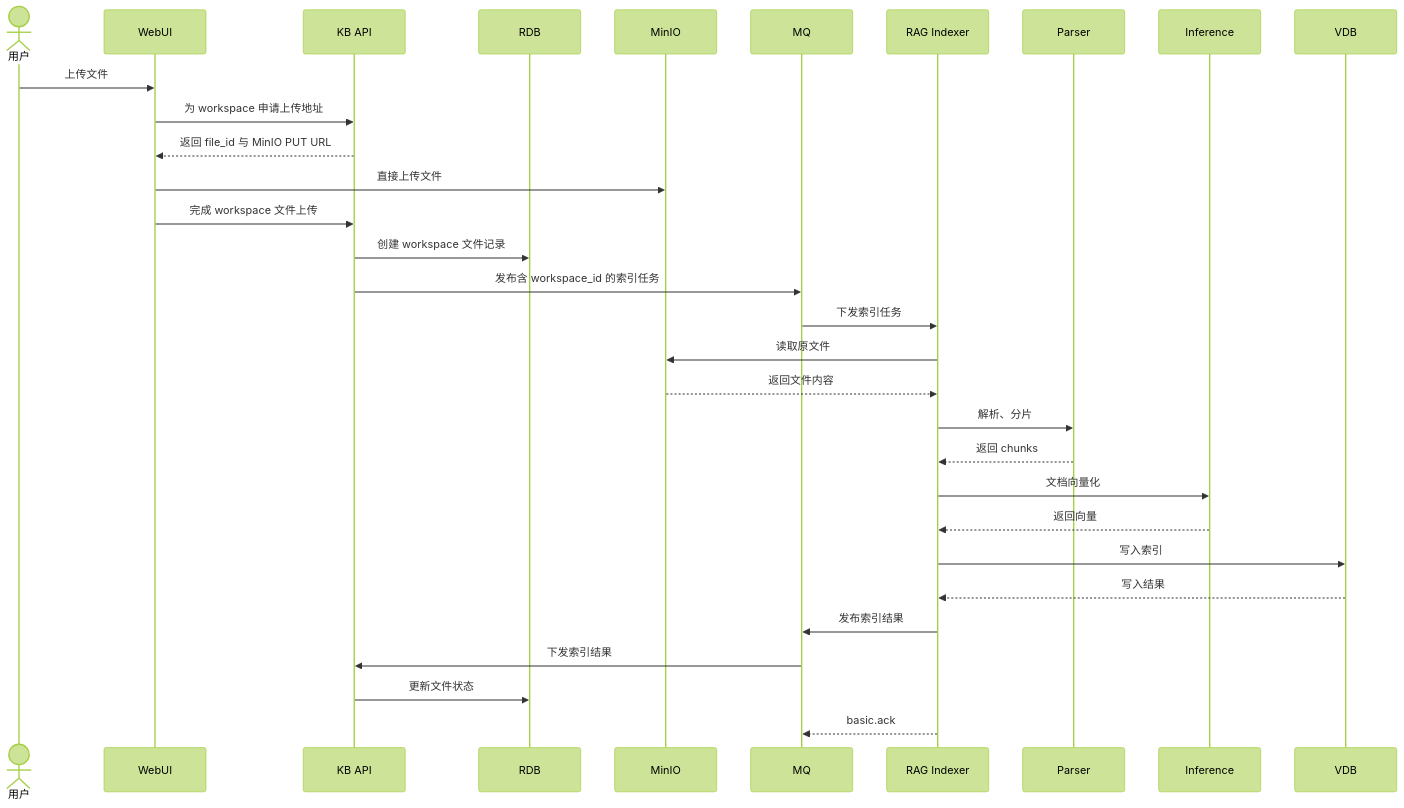
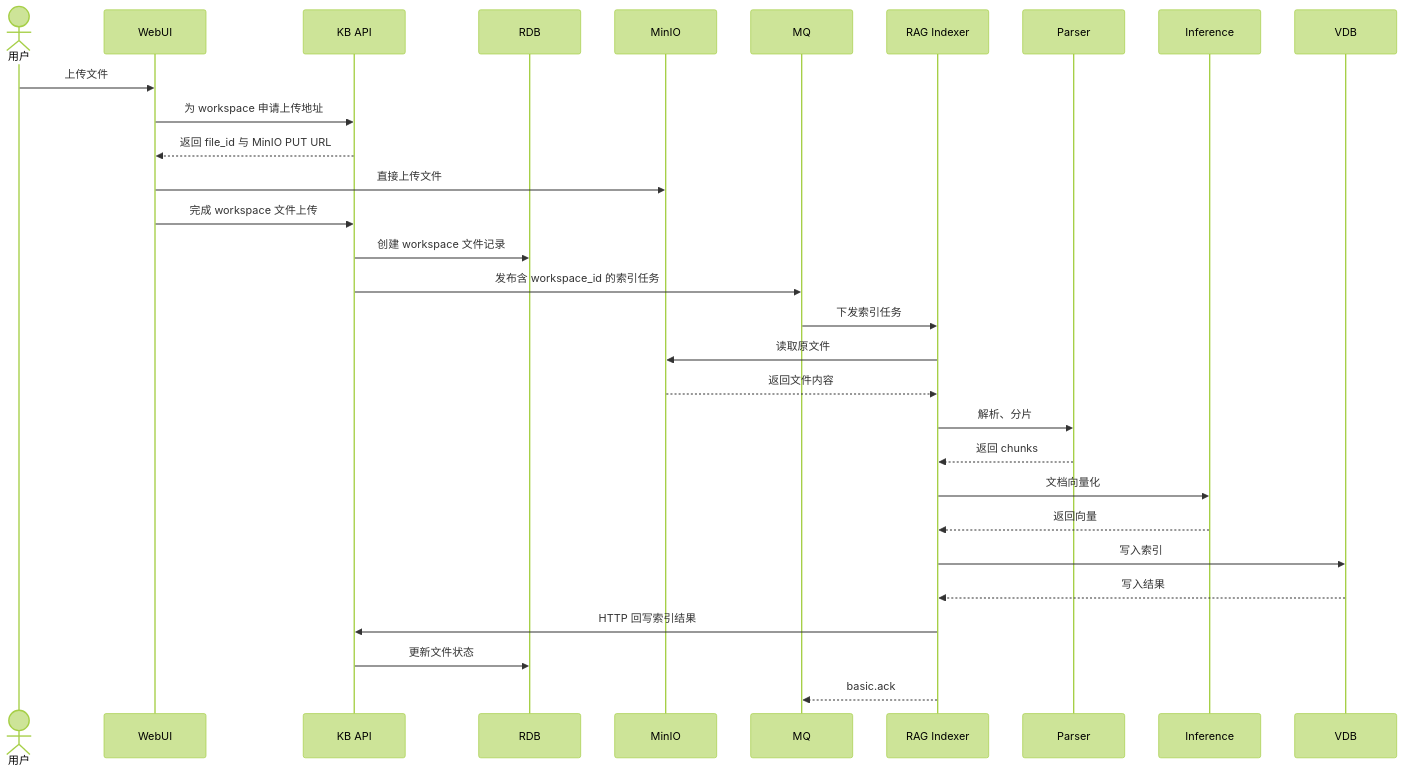
The second of 3 diagrams in docs/interaction-design.md (guobinqiu/kb), drawn with Mermaid (forest theme) before and after one commit. The commit also changed other lines of this file and 257 other files, not shown here.

````diff
--- a/docs/interaction-design.md
+++ b/docs/interaction-design.md
@@ -64,35 +66,34 @@
 ```mermaid
 sequenceDiagram
     actor User as 用户
     participant WebUI
     participant KBAPI as KB API
     participant RDB
     participant MinIO
     participant MQ
     participant Indexer as RAG Indexer
     participant Parser
     participant Inference
     participant VDB
 
     User->>WebUI: 上传文件
     WebUI->>KBAPI: 为 workspace 申请上传地址
     KBAPI-->>WebUI: 返回 file_id 与 MinIO PUT URL
     WebUI->>MinIO: 直接上传文件
     WebUI->>KBAPI: 完成 workspace 文件上传
     KBAPI->>RDB: 创建 workspace 文件记录
     KBAPI->>MQ: 发布含 workspace_id 的索引任务
 
     MQ->>Indexer: 下发索引任务
     Indexer->>MinIO: 读取原文件
     MinIO-->>Indexer: 返回文件内容
     Indexer->>Parser: 解析、分片
     Parser-->>Indexer: 返回 chunks
     Indexer->>Inference: 文档向量化
     Inference-->>Indexer: 返回向量
     Indexer->>VDB: 写入索引
     VDB-->>Indexer: 写入结果
-    Indexer->>MQ: 发布索引结果
-    MQ->>KBAPI: 下发索引结果
+    Indexer->>KBAPI: HTTP 回写索引结果
     KBAPI->>RDB: 更新文件状态
     Indexer-->>MQ: basic.ack
 ```
````
